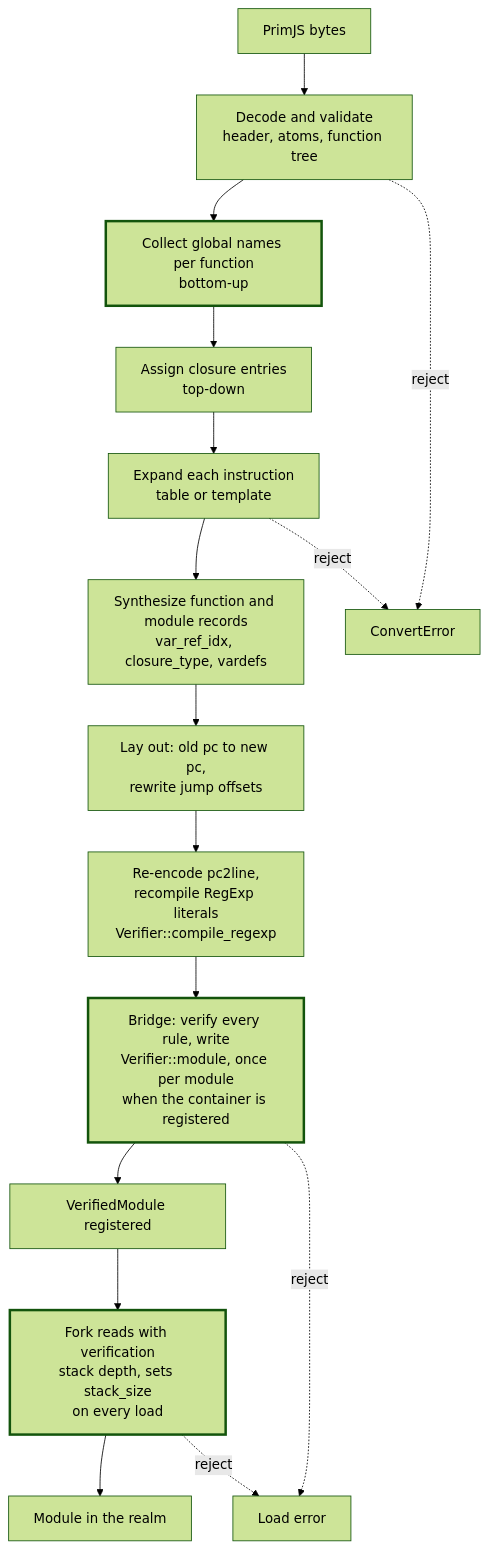
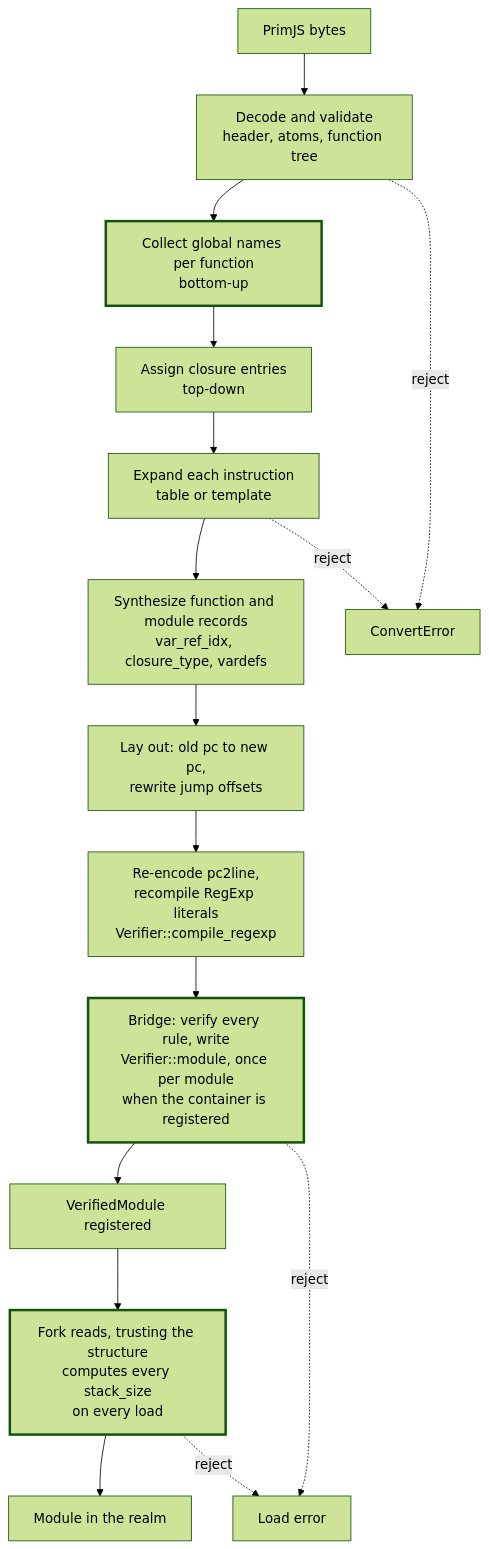
The diagram in docs/primjs-bytecode-conversion-design.md (PupilTong/lynx-vello), drawn with Mermaid (forest theme) before and after one commit. The commit also changed other lines of this file and 25 other files, not shown here.

````diff
--- a/docs/primjs-bytecode-conversion-design.md
+++ b/docs/primjs-bytecode-conversion-design.md
@@ -206,21 +206,21 @@
 ```mermaid
 flowchart TD
     A[PrimJS bytes] --> B[Decode and validate<br/>header, atoms, function tree]
     B --> C[Collect global names per function<br/>bottom-up]
     C --> D[Assign closure entries<br/>top-down]
     D --> E[Expand each instruction<br/>table or template]
     E --> F[Synthesize function and module records<br/>var_ref_idx, closure_type, vardefs]
     F --> G[Lay out: old pc to new pc,<br/>rewrite jump offsets]
     G --> I[Re-encode pc2line,<br/>recompile RegExp literals<br/>Verifier::compile_regexp]
     I --> V[Bridge: verify every rule, write<br/>Verifier::module, once per module<br/>when the container is registered]
     V --> J[VerifiedModule registered]
-    J --> H[Fork reads with verification<br/>stack depth, sets stack_size<br/>on every load]
+    J --> H[Fork reads, trusting the structure<br/>computes every stack_size<br/>on every load]
     H --> K[Module in the realm]
     B -. reject .-> X[ConvertError]
     E -. reject .-> X
     V -. reject .-> Y
     H -. reject .-> Y[Load error]
     style H stroke-width:3px
     style V stroke-width:3px
     style C stroke-width:3px
 ```
````
